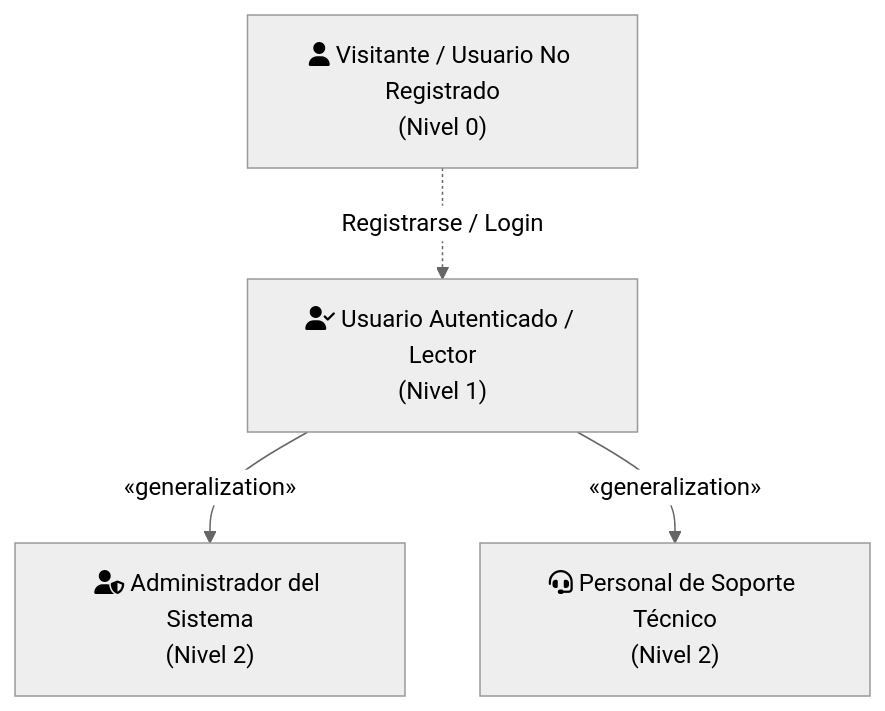
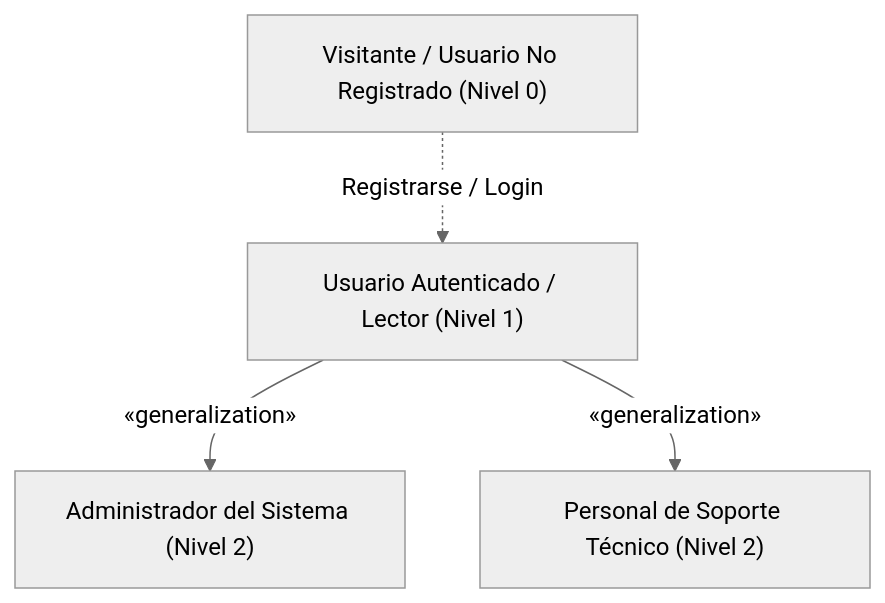
One commit to Nataliadleon/Proyecto-integrador changed the first of 6 diagrams in AMSI/1.2 Modelado del Negocio y Casos de Uso.md. Above: the diagram before and after it, drawn with Mermaid (neutral theme). The commit also changed other lines of this file, not shown here.

Commit message:
Fix: Corregir sintaxis Mermaid en diagramas 2.1, 2.2, 2.3 y secuencia para renderizado en GitHub

````diff
--- a/AMSI/1.2 Modelado del Negocio y Casos de Uso.md
+++ b/AMSI/1.2 Modelado del Negocio y Casos de Uso.md
@@ -20,11 +20,11 @@
 ```mermaid
 flowchart TD
-    Visitante["fa:fa-user Visitante / Usuario No Registrado<br/>(Nivel 0)"]
-    UsuarioAutenticado["fa:fa-user-check Usuario Autenticado / Lector<br/>(Nivel 1)"]
-    Admin["fa:fa-user-shield Administrador del Sistema<br/>(Nivel 2)"]
-    Soporte["fa:fa-headset Personal de Soporte Técnico<br/>(Nivel 2)"]
+    Visitante["Visitante / Usuario No Registrado (Nivel 0)"]
+    UsuarioAutenticado["Usuario Autenticado / Lector (Nivel 1)"]
+    Admin["Administrador del Sistema (Nivel 2)"]
+    Soporte["Personal de Soporte Técnico (Nivel 2)"]
 
-    Visitante -.->|Registrarse / Login| UsuarioAutenticado
-    UsuarioAutenticado -->|«generalization»| Admin
-    UsuarioAutenticado -->|«generalization»| Soporte
+    Visitante -.->|"Registrarse / Login"| UsuarioAutenticado
+    UsuarioAutenticado -->|"«generalization»"| Admin
+    UsuarioAutenticado -->|"«generalization»"| Soporte
 ```
````
